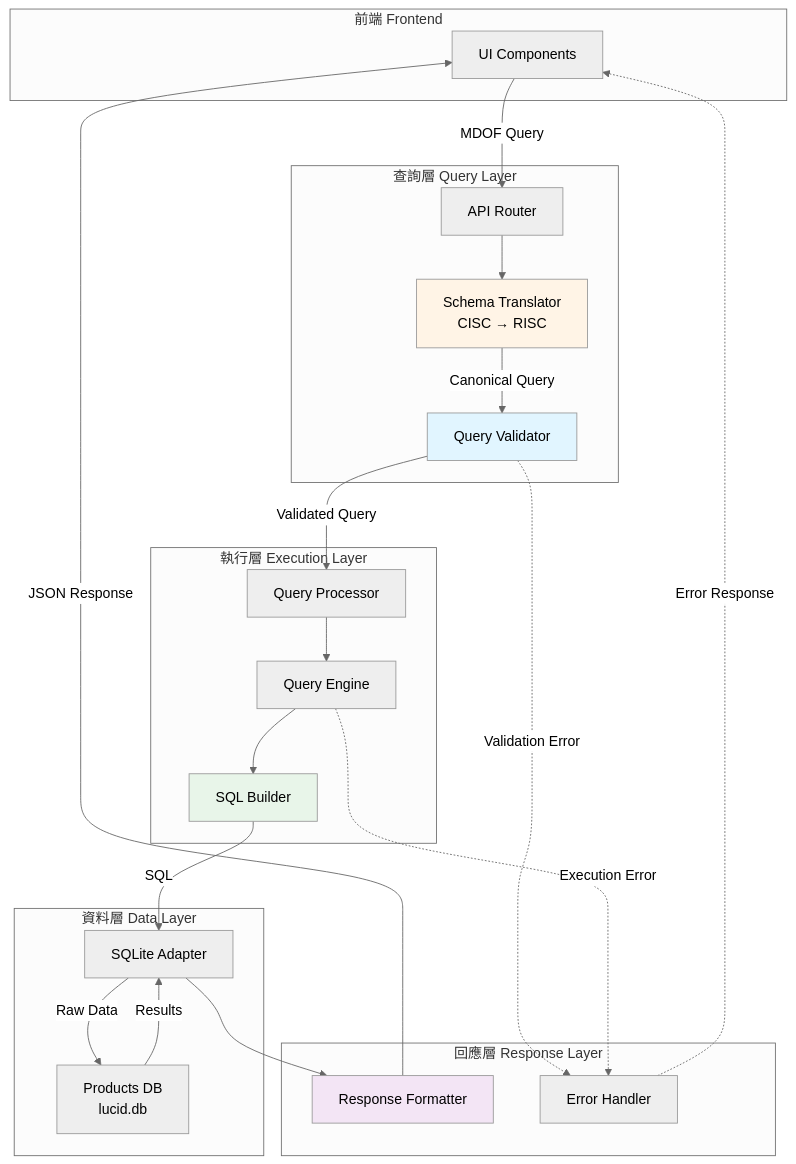
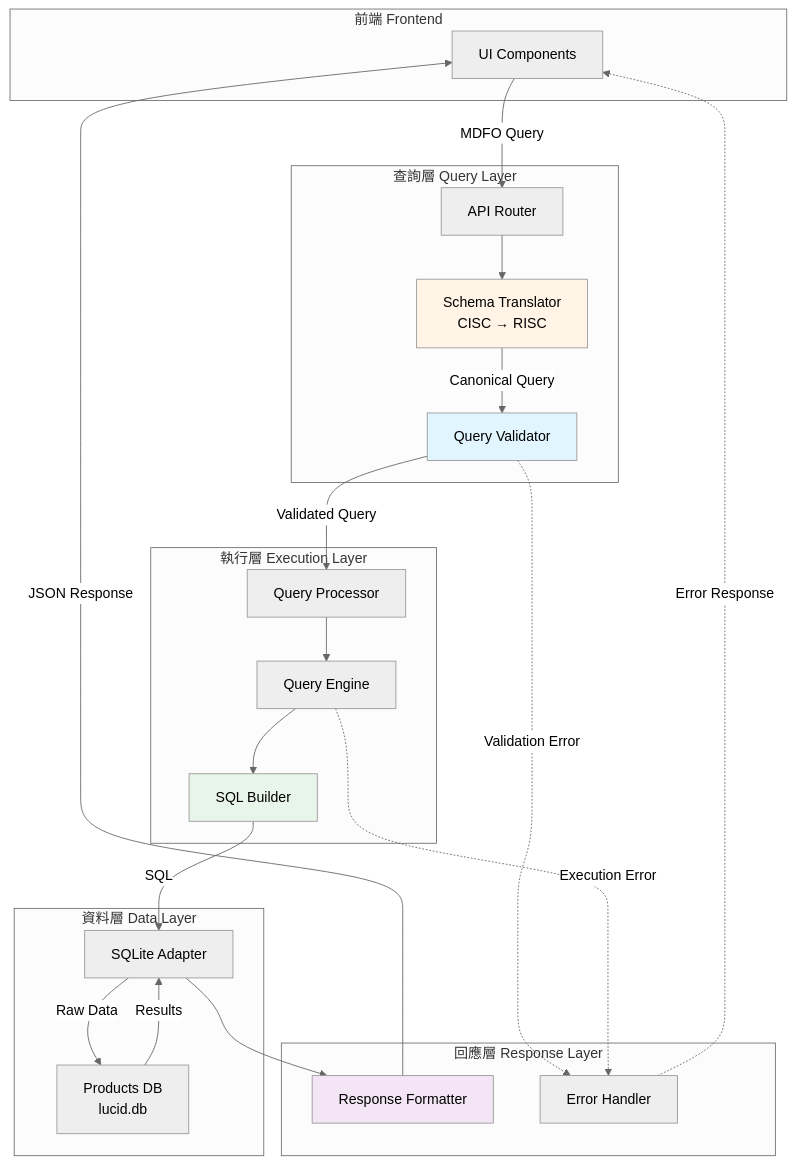
Before and after one commit to mapleelpam/LuminNexus-LearningMap: the second of 5 diagrams in projects/prismavision/smart-insight-engine/00_overview.md, drawn with Mermaid (neutral theme). The commit also changed other lines of this file and 18 other files, not shown here.

First line of the commit message:
chore: MDOF → MDFO 全 repo 正名

````diff
--- a/projects/prismavision/smart-insight-engine/00_overview.md
+++ b/projects/prismavision/smart-insight-engine/00_overview.md
@@ -238,49 +238,49 @@
 ```mermaid
 graph TB
     subgraph "前端 Frontend"
         A[UI Components]
     end
 
     subgraph "查詢層 Query Layer"
         B[API Router]
         C[Schema Translator<br/>CISC → RISC]
         D[Query Validator]
     end
 
     subgraph "執行層 Execution Layer"
         E[Query Processor]
         F[Query Engine]
         G[SQL Builder]
     end
 
     subgraph "資料層 Data Layer"
         H[SQLite Adapter]
         I[Products DB<br/>lucid.db]
     end
 
     subgraph "回應層 Response Layer"
         J[Response Formatter]
         K[Error Handler]
     end
 
-    A -->|MDOF Query| B
+    A -->|MDFO Query| B
     B --> C
     C -->|Canonical Query| D
     D -->|Validated Query| E
     E --> F
     F --> G
     G -->|SQL| H
     H -->|Raw Data| I
     I -->|Results| H
     H --> J
     J -->|JSON Response| A
 
     D -.->|Validation Error| K
     F -.->|Execution Error| K
     K -.->|Error Response| A
 
     style C fill:#fff4e6
     style D fill:#e1f5ff
     style G fill:#e8f5e9
     style J fill:#f3e5f5
 ```
````
